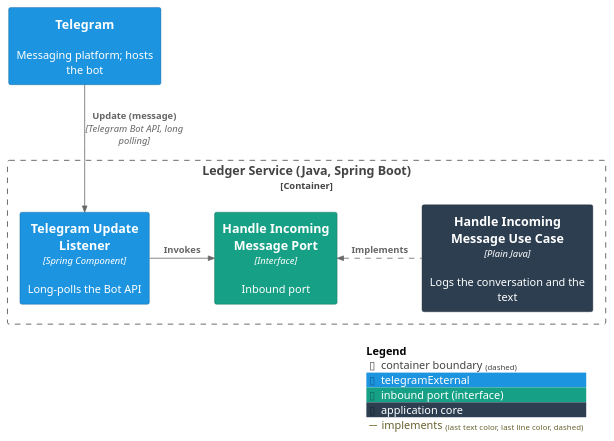
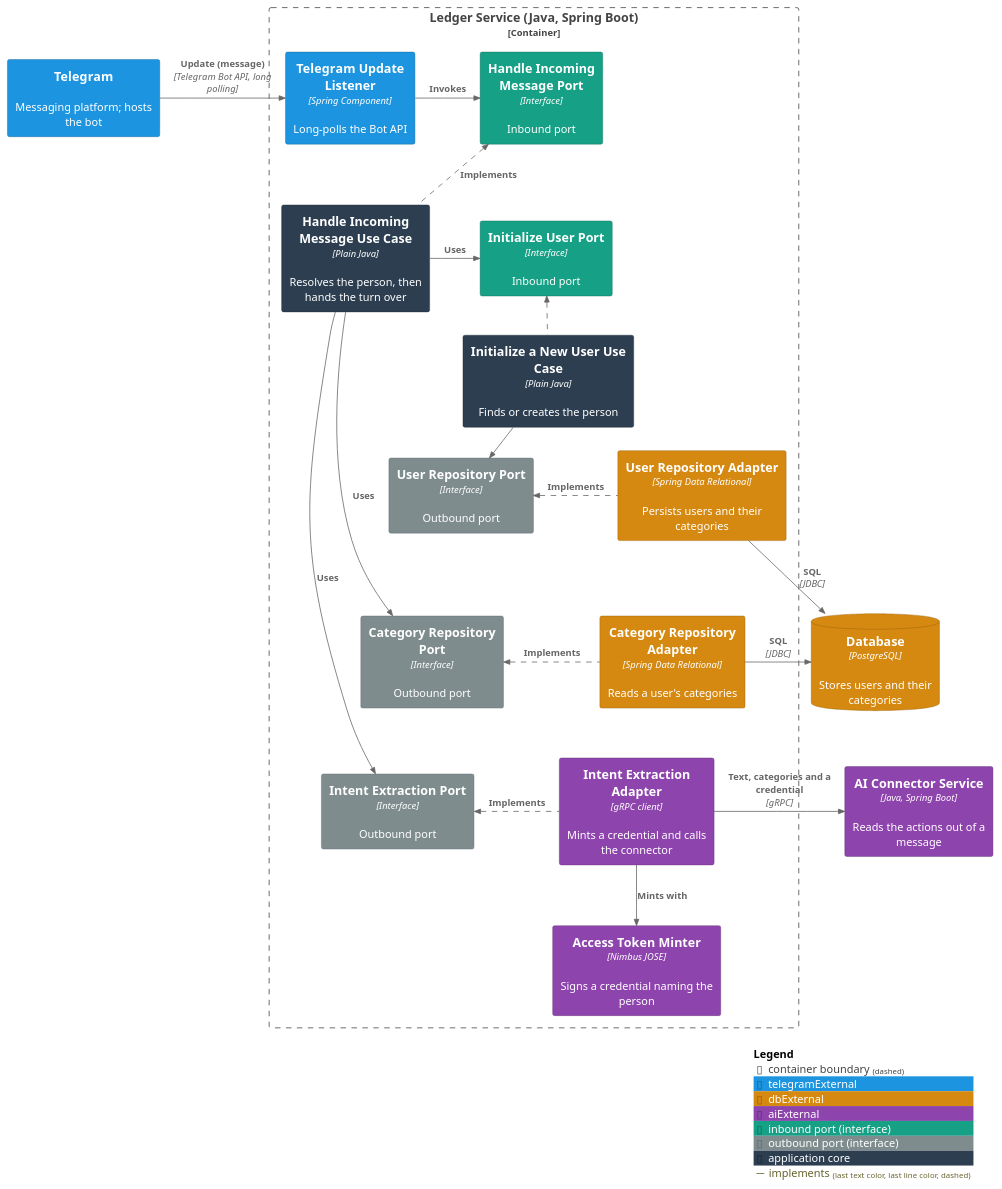
One commit to ds-usova/finance-bot changed the first of 2 diagrams in ledger-service/docs/usecases/handle-incoming-message.md. Above: the diagram before and after it, drawn with PlantUML. The commit also changed other lines of this file and 20 other files, not shown here.

Commit message:
Documentation: record the message-to-proposal turn and the ledger callback contract

````diff
--- a/ledger-service/docs/usecases/handle-incoming-message.md
+++ b/ledger-service/docs/usecases/handle-incoming-message.md
@@ -35,24 +52,56 @@
 ```plantuml
-@startuml C3-Component-ReceiveUserMessage
+@startuml C3-Component-ActOnUserMessage
 !include <C4/C4_Component>
 
 AddElementTag("telegramExternal", $bgColor="#1c94e0", $fontColor="#ffffff", $borderColor="#125d8c")
+AddElementTag("dbExternal", $bgColor="#d68910", $fontColor="#ffffff", $borderColor="#8f5c0a")
+AddElementTag("aiExternal", $bgColor="#8e44ad", $fontColor="#ffffff", $borderColor="#5b2c6f")
 AddElementTag("portIn", $bgColor="#16a085", $fontColor="#ffffff", $borderColor="#0e6655", $legendText="inbound port (interface)")
+AddElementTag("portOut", $bgColor="#7f8c8d", $fontColor="#ffffff", $borderColor="#566573", $legendText="outbound port (interface)")
 AddElementTag("core", $bgColor="#2c3e50", $fontColor="#ffffff", $borderColor="#1b2631", $legendText="application core")
 AddRelTag("implements", $lineStyle="dashed")
 
 System_Ext(telegram, "Telegram", "Messaging platform; hosts the bot", $tags="telegramExternal")
 
 Container_Boundary(ledger, "Ledger Service (Java, Spring Boot)") {
   Component(telegramListener, "Telegram Update Listener", "Spring Component", "Long-polls the Bot API", $tags="telegramExternal")
   Component(handleMessagePort, "Handle Incoming Message Port", "Interface", "Inbound port", $tags="portIn")
-  Component(handleMessageService, "Handle Incoming Message Use Case", "Plain Java", "Logs the conversation and the text", $tags="core")
+  Component(handleMessageService, "Handle Incoming Message Use Case", "Plain Java", "Resolves the person, then hands the turn over", $tags="core")
+  Component(initializeUserPort, "Initialize User Port", "Interface", "Inbound port", $tags="portIn")
+  Component(initializeUserService, "Initialize a New User Use Case", "Plain Java", "Finds or creates the person", $tags="core")
+  Component(userRepositoryPort, "User Repository Port", "Interface", "Outbound port", $tags="portOut")
+  Component(categoryRepositoryPort, "Category Repository Port", "Interface", "Outbound port", $tags="portOut")
+  Component(intentExtractionPort, "Intent Extraction Port", "Interface", "Outbound port", $tags="portOut")
+  Component(userRepositoryAdapter, "User Repository Adapter", "Spring Data Relational", "Persists users and their categories", $tags="dbExternal")
+  Component(categoryRepositoryAdapter, "Category Repository Adapter", "Spring Data Relational", "Reads a user's categories", $tags="dbExternal")
+  Component(intentExtractionAdapter, "Intent Extraction Adapter", "gRPC client", "Mints a credential and calls the connector", $tags="aiExternal")
+  Component(tokenMinter, "Access Token Minter", "Nimbus JOSE", "Signs a credential naming the person", $tags="aiExternal")
 }
 
-Rel(telegram, telegramListener, "Update (message)", "Telegram Bot API, long polling")
+ContainerDb(db, "Database", "PostgreSQL", "Stores users and their categories", $tags="dbExternal")
+Container(connector, "AI Connector Service", "Java, Spring Boot", "Reads the actions out of a message", $tags="aiExternal")
+
+Rel_R(telegram, telegramListener, "Update (message)", "Telegram Bot API, long polling")
 Rel_R(telegramListener, handleMessagePort, "Invokes")
 Rel_L(handleMessageService, handleMessagePort, "Implements", $tags="implements")
+Rel_R(handleMessageService, initializeUserPort, "Uses")
+Rel_L(initializeUserService, initializeUserPort, "Implements", $tags="implements")
+Rel_R(initializeUserService, userRepositoryPort, "Uses")
+Rel_R(handleMessageService, categoryRepositoryPort, "Uses")
+Rel_R(handleMessageService, intentExtractionPort, "Uses")
+Rel_L(userRepositoryAdapter, userRepositoryPort, "Implements", $tags="implements")
+Rel_L(categoryRepositoryAdapter, categoryRepositoryPort, "Implements", $tags="implements")
+Rel_L(intentExtractionAdapter, intentExtractionPort, "Implements", $tags="implements")
+Rel_D(intentExtractionAdapter, tokenMinter, "Mints with")
+Rel_R(userRepositoryAdapter, db, "SQL", "JDBC")
+Rel_R(categoryRepositoryAdapter, db, "SQL", "JDBC")
+Rel_R(intentExtractionAdapter, connector, "Text, categories and a credential", "gRPC")
+
+Lay_D(handleMessagePort, initializeUserPort)
+Lay_D(initializeUserPort, userRepositoryPort)
+Lay_D(userRepositoryPort, categoryRepositoryPort)
+Lay_D(categoryRepositoryPort, intentExtractionPort)
 
 SHOW_LEGEND()
 @enduml
 ```
````
